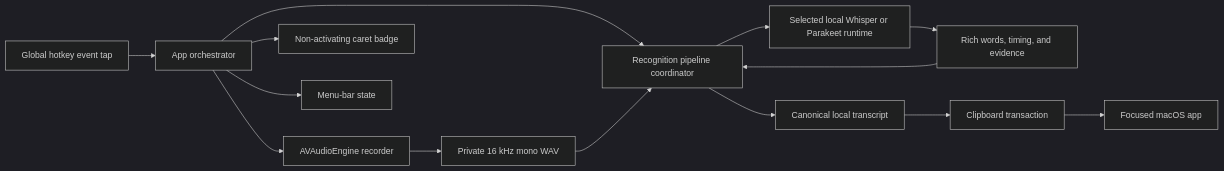
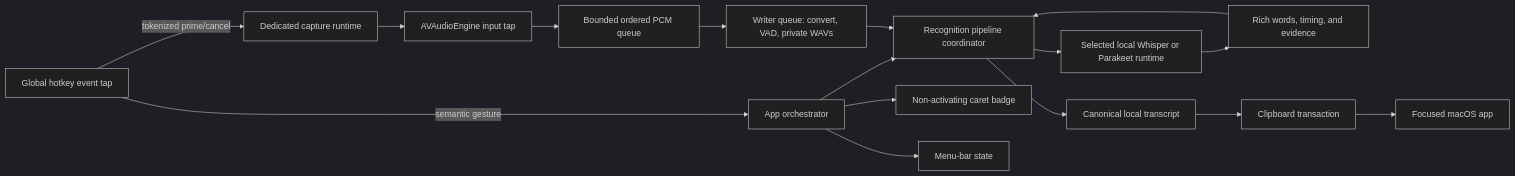
One commit to nikhi1g/whisper_hotkey changed the diagram in docs/ARCHITECTURE.md. Above: the diagram before and after it, drawn with Mermaid (dark theme). The commit also changed other lines of this file and 5 other files, not shown here.

Commit message:
release: 4.2.5 starts capture at the hotkey edge

````diff
--- a/docs/ARCHITECTURE.md
+++ b/docs/ARCHITECTURE.md
@@ -9,16 +9,18 @@
 ```mermaid
 flowchart LR
-    H["Global hotkey event tap"] --> A["App orchestrator"]
-    A --> R["AVAudioEngine recorder"]
-    R --> W["Private 16 kHz mono WAV"]
+    H["Global hotkey event tap"] -->|"tokenized prime/cancel"| R["Dedicated capture runtime"]
+    H -->|"semantic gesture"| A["App orchestrator"]
+    R --> I["AVAudioEngine input tap"]
+    I --> Q["Bounded ordered PCM queue"]
+    Q --> W["Writer queue: convert, VAD, private WAVs"]
     A --> C["Recognition pipeline coordinator"]
     W --> C
     C --> M["Selected local Whisper or Parakeet runtime"]
     M --> E["Rich words, timing, and evidence"]
     E --> C
     C --> T["Canonical local transcript"]
     T --> P["Clipboard transaction"]
     P --> D["Focused macOS app"]
     A --> B["Non-activating caret badge"]
     A --> S["Menu-bar state"]
 ```
````
